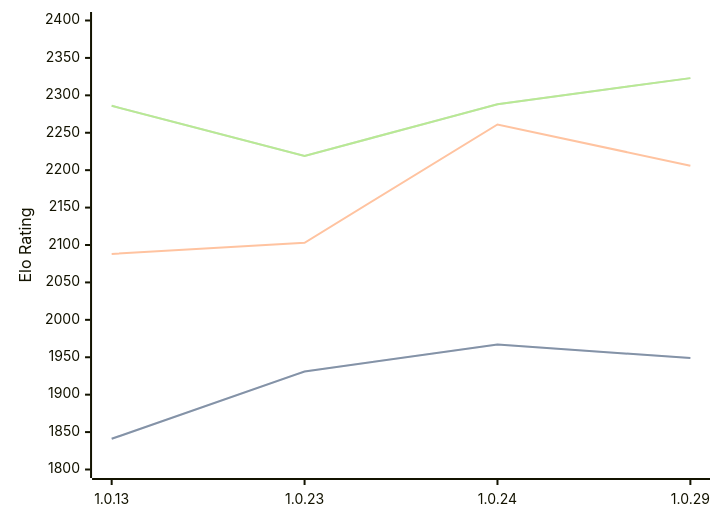
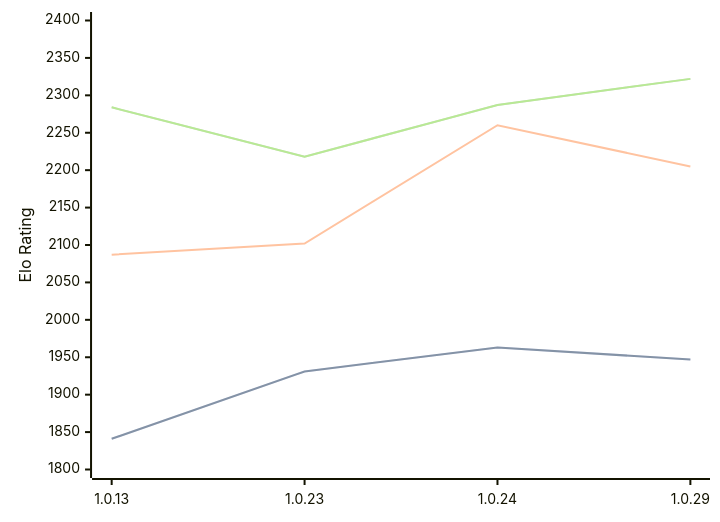
Before and after one commit to computer-chess-index/cci: the diagram in engines/RustyRival.md, drawn with Mermaid. The commit also changed other lines of this file, not shown here.

Commit message:
Update CCI Ratings (ELO VLTC) - 2026-02-28

````diff
--- a/engines/RustyRival.md
+++ b/engines/RustyRival.md
@@ -54,11 +54,11 @@
 ```mermaid
 %%{init: {"theme":"base","themeVariables":{"seriesColors:['#a3a3a3','#222221','#faa371']}}}%%
 xychart-beta
   x-axis ["1.0.13", "1.0.23", "1.0.24", "1.0.29"]
   y-axis "Elo Rating" 1800 --> 2400
-  line "STC (8.0+0.08s)" [1841, 1931, 1967, 1949]
-  line "STC (8.0+0.08s)" [1841, 1931, 1967, 1949]
-  line "LTC (60.0+0.60s)" [2088, 2103, 2261, 2206]
-  line "VLTC (2m24s+1.12s)" [2286, 2219, 2288, 2323]
-  line "VLTC (2m24s+1.12s)" [2286, 2219, 2288, 2323]
+  line "STC (8.0+0.08s)" [1841, 1931, 1963, 1947]
+  line "STC (8.0+0.08s)" [1841, 1931, 1963, 1947]
+  line "LTC (60.0+0.60s)" [2087, 2102, 2260, 2205]
+  line "VLTC (2m24s+1.12s)" [2284, 2218, 2287, 2322]
+  line "VLTC (2m24s+1.12s)" [2284, 2218, 2287, 2322]
 ```
````
